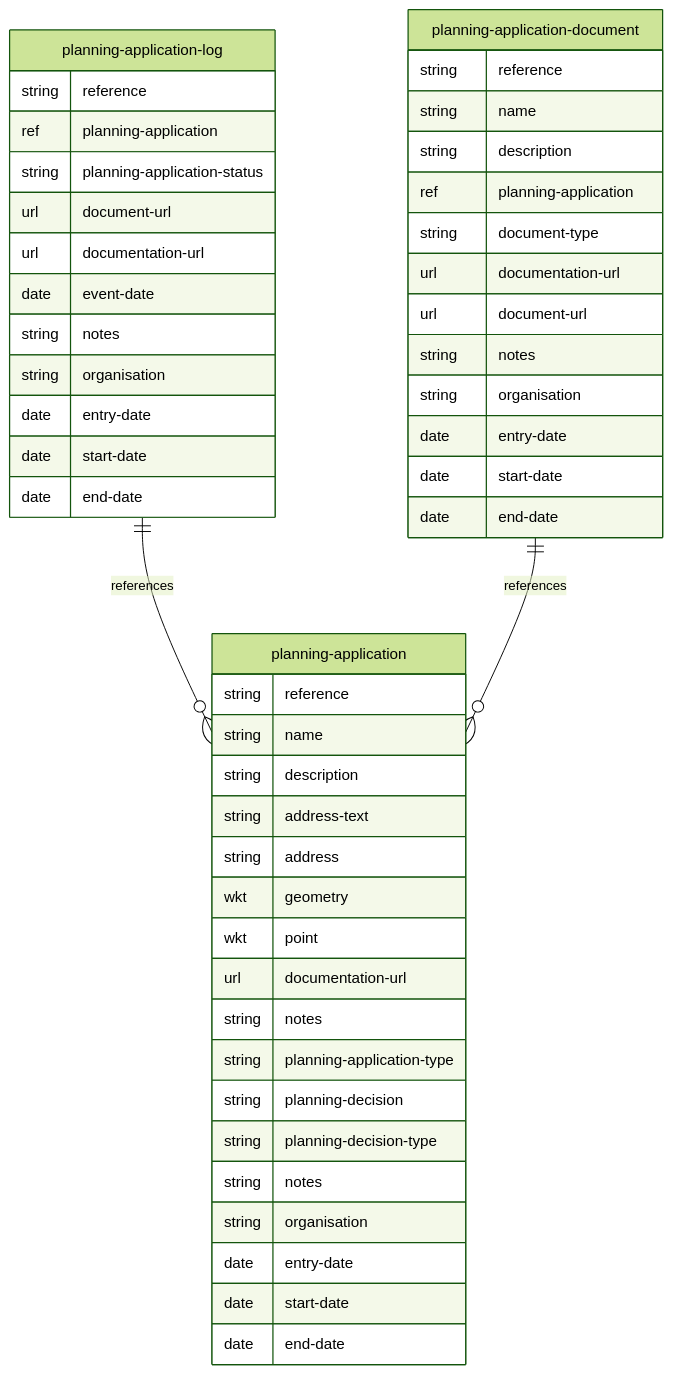
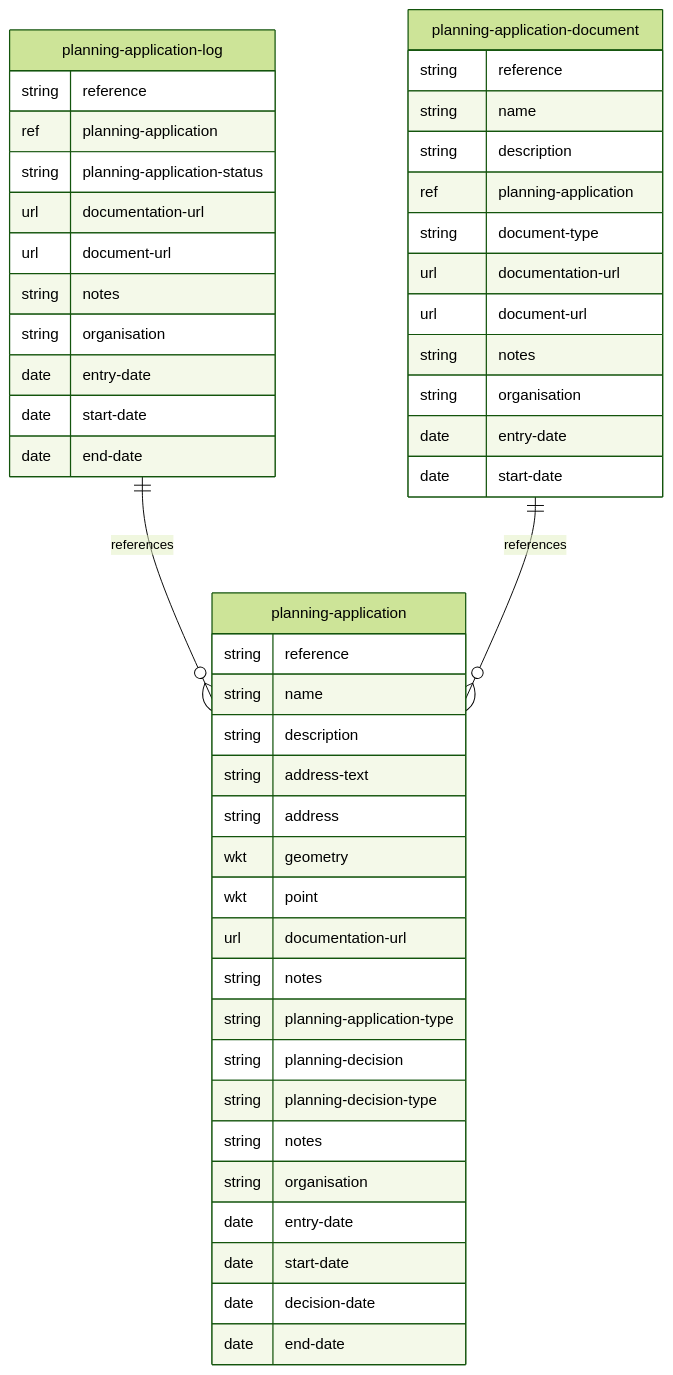
The diagram in mermaid/planning-application.md (digital-land/specification), drawn with Mermaid (forest theme) before and after one commit. The commit also changed 12 other files, not shown here.

````diff
--- a/mermaid/planning-application.md
+++ b/mermaid/planning-application.md
@@ -4,51 +4,50 @@
 ```mermaid
 erDiagram
     planning-application {
         string reference
         string name
         string description
         string address-text
         string address
         wkt geometry
         wkt point
         url documentation-url
         string notes
         string planning-application-type
         string planning-decision
         string planning-decision-type
         string notes
         string organisation
         date entry-date
         date start-date
+        date decision-date
         date end-date
     }
     planning-application-log {
         string reference
         ref planning-application
         string planning-application-status
+        url documentation-url
         url document-url
-        url documentation-url
-        date event-date
         string notes
         string organisation
         date entry-date
         date start-date
         date end-date
     }
     planning-application-document {
         string reference
         string name
         string description
         ref planning-application
         string document-type
         url documentation-url
         url document-url
         string notes
         string organisation
         date entry-date
         date start-date
-        date end-date
     }
     planning-application-log ||--o{ planning-application : references
     planning-application-document ||--o{ planning-application : references
 ```
````
